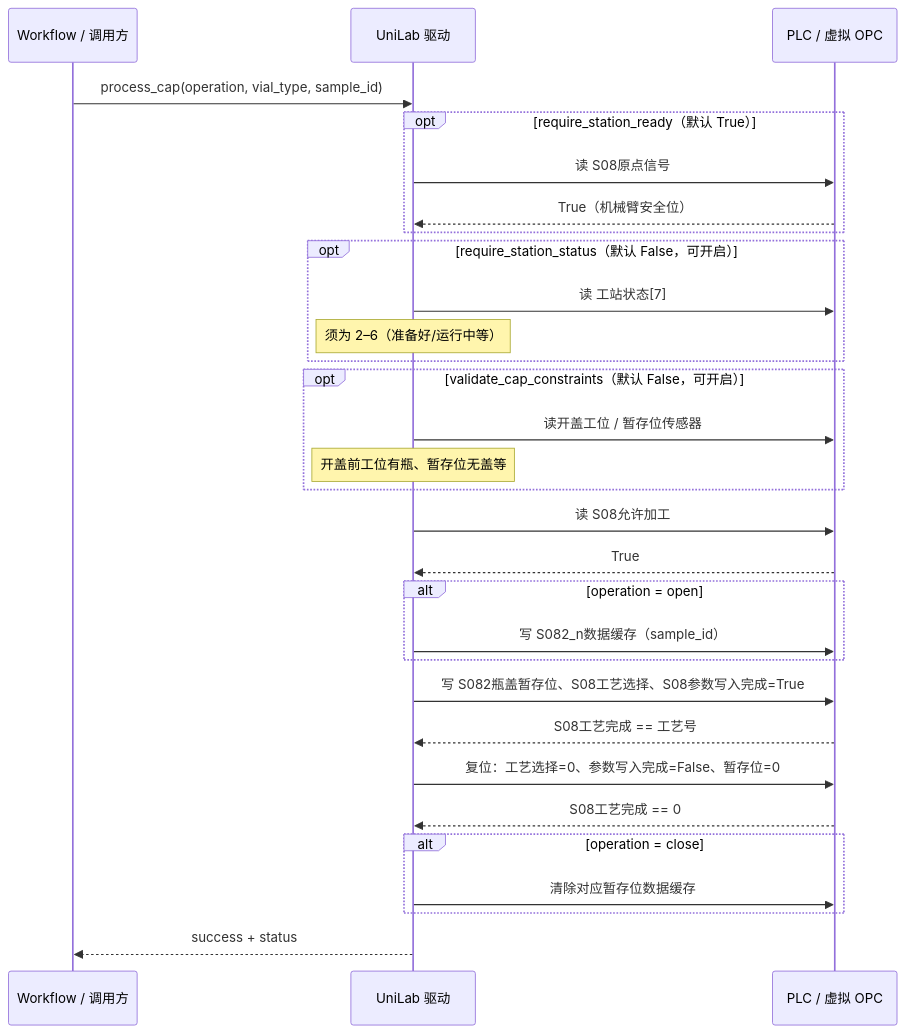
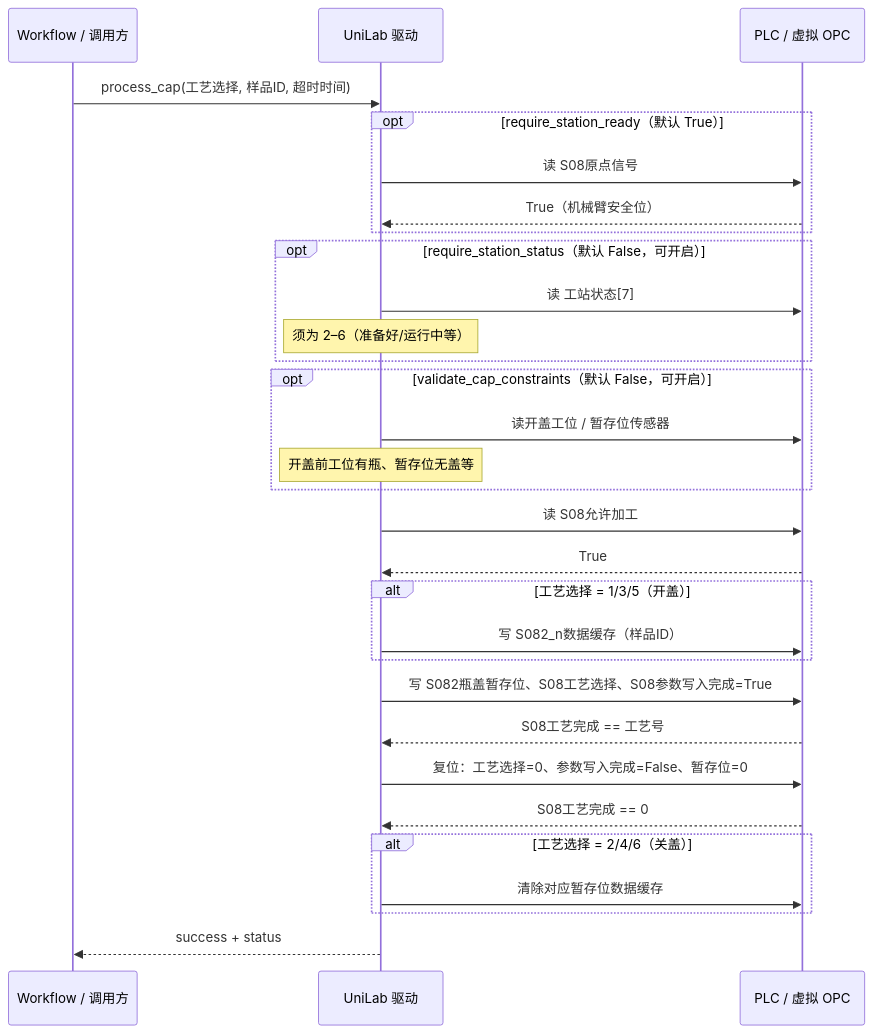
The diagram in unilabos/devices/workstation/szlab_poly_studio/s08_decap/README.md (deepmodeling/Uni-Lab-OS), drawn with Mermaid before and after one commit. The commit also changed other lines of this file and 17 other files, not shown here.

````diff
--- a/unilabos/devices/workstation/szlab_poly_studio/s08_decap/README.md
+++ b/unilabos/devices/workstation/szlab_poly_studio/s08_decap/README.md
@@ -28,41 +28,41 @@
 ```mermaid
 sequenceDiagram
     participant WF as Workflow / 调用方
     participant UL as UniLab 驱动
     participant PLC as PLC / 虚拟 OPC
 
-    WF->>UL: process_cap(operation, vial_type, sample_id)
+    WF->>UL: process_cap(工艺选择, 样品ID, 超时时间)
 
     opt require_station_ready（默认 True）
         UL->>PLC: 读 S08原点信号
         PLC-->>UL: True（机械臂安全位）
     end
 
     opt require_station_status（默认 False，可开启）
         UL->>PLC: 读 工站状态[7]
         Note over UL: 须为 2–6（准备好/运行中等）
     end
 
     opt validate_cap_constraints（默认 False，可开启）
         UL->>PLC: 读开盖工位 / 暂存位传感器
         Note over UL: 开盖前工位有瓶、暂存位无盖等
     end
 
     UL->>PLC: 读 S08允许加工
     PLC-->>UL: True
 
-    alt operation = open
-        UL->>PLC: 写 S082_n数据缓存（sample_id）
+    alt 工艺选择 = 1/3/5（开盖）
+        UL->>PLC: 写 S082_n数据缓存（样品ID）
     end
 
     UL->>PLC: 写 S082瓶盖暂存位、S08工艺选择、S08参数写入完成=True
     PLC-->>UL: S08工艺完成 == 工艺号
     UL->>PLC: 复位：工艺选择=0、参数写入完成=False、暂存位=0
     PLC-->>UL: S08工艺完成 == 0
 
-    alt operation = close
+    alt 工艺选择 = 2/4/6（关盖）
         UL->>PLC: 清除对应暂存位数据缓存
     end
 
     UL-->>WF: success + status
 ```
````
